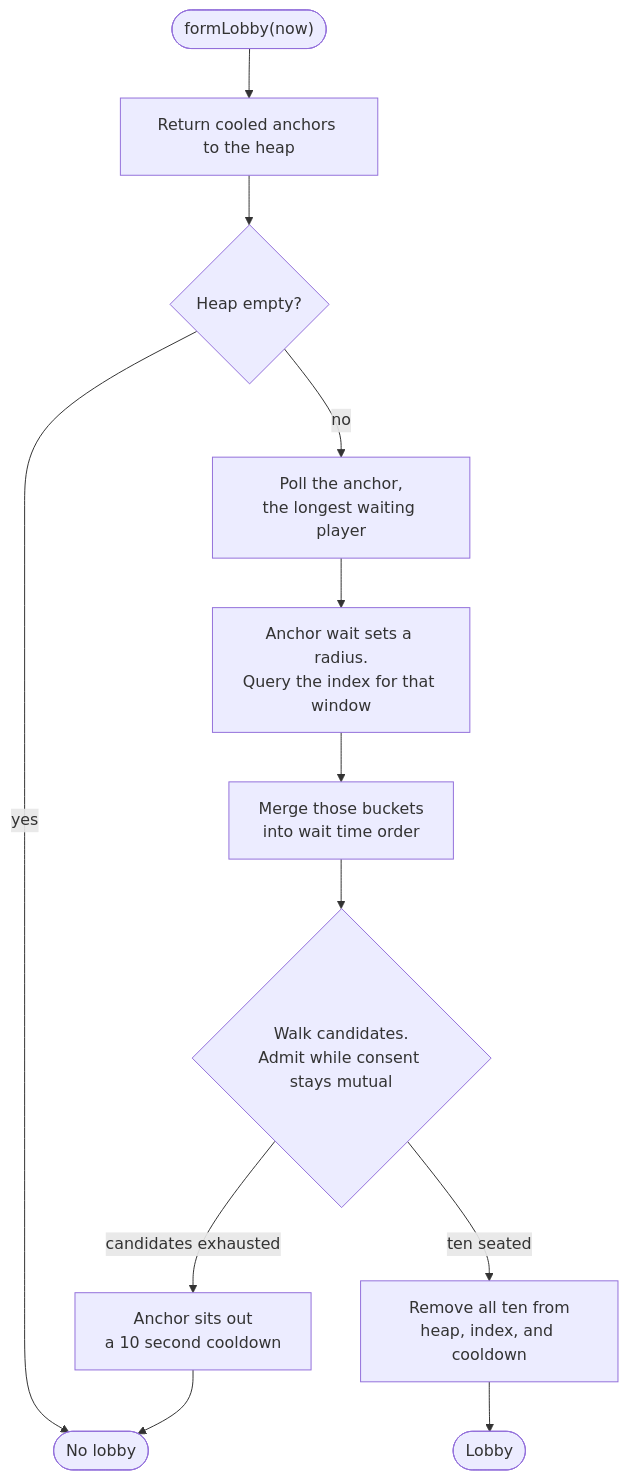
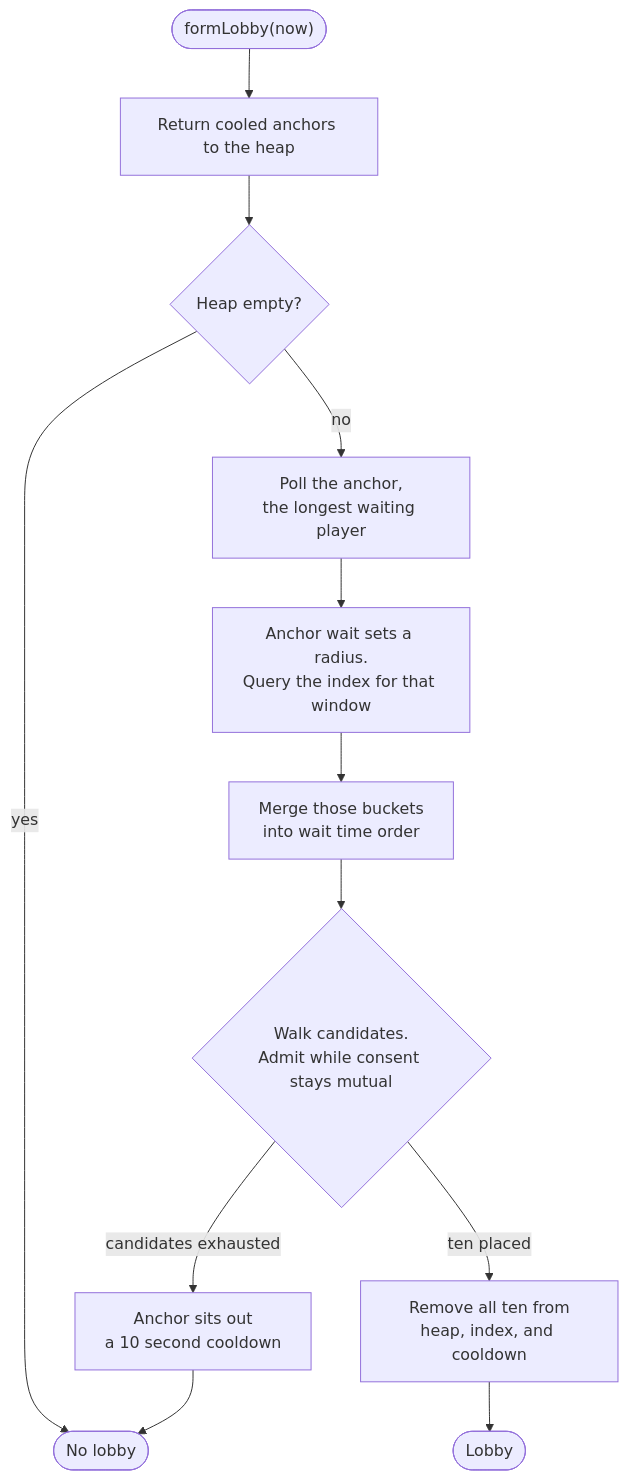
The fourth of 6 diagrams in docs/project-extended-description.md (Amrovv/match3d), drawn with Mermaid before and after one commit. The commit also changed other lines of this file and 13 other files, not shown here.

````diff
--- a/docs/project-extended-description.md
+++ b/docs/project-extended-description.md
@@ -348,14 +348,14 @@
 ```mermaid
 flowchart TD
     start(["formLobby(now)"]) --> drain["Return cooled anchors to the heap"]
     drain --> empty{"Heap empty?"}
     empty -- yes --> none(["No lobby"])
     empty -- no --> anchor["Poll the anchor,<br/>the longest waiting player"]
     anchor --> window["Anchor wait sets a radius.<br/>Query the index for that window"]
     window --> merge["Merge those buckets<br/>into wait time order"]
     merge --> walk{"Walk candidates.<br/>Admit while consent stays mutual"}
-    walk -- "ten seated" --> commit["Remove all ten from<br/>heap, index, and cooldown"]
+    walk -- "ten placed" --> commit["Remove all ten from<br/>heap, index, and cooldown"]
     commit --> lobby(["Lobby"])
     walk -- "candidates exhausted" --> cool["Anchor sits out<br/>a 10 second cooldown"]
     cool --> none
 ```
````
